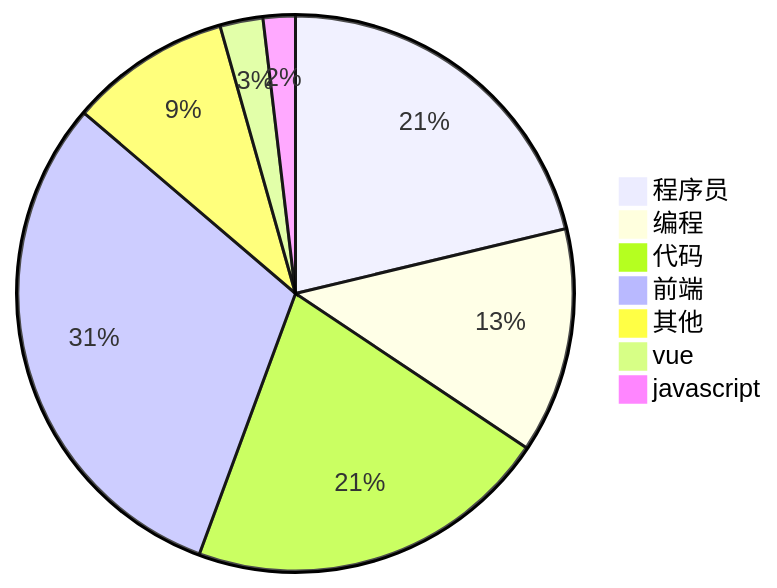
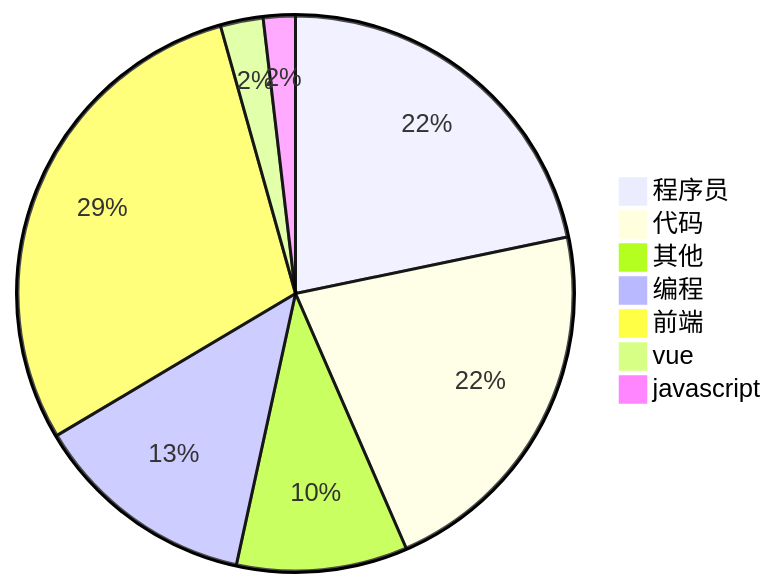
The diagram in douyin/RankingList.md (xieerduos/xieerduos.github.io), drawn with Mermaid before and after one commit. The commit also changed other lines of this file, not shown here.

````diff
--- a/douyin/RankingList.md
+++ b/douyin/RankingList.md
@@ -70,10 +71,10 @@
 ```Mermaid
 pie title 
-    "程序员" : 34
+    "程序员" : 35
+    "代码" : 35
+    "其他" : 16
     "编程" : 21
-    "代码" : 34
-    "前端" : 49
-    "其他" : 15
+    "前端" : 47
     "vue" : 4
     "javascript" : 3
 ```
````
